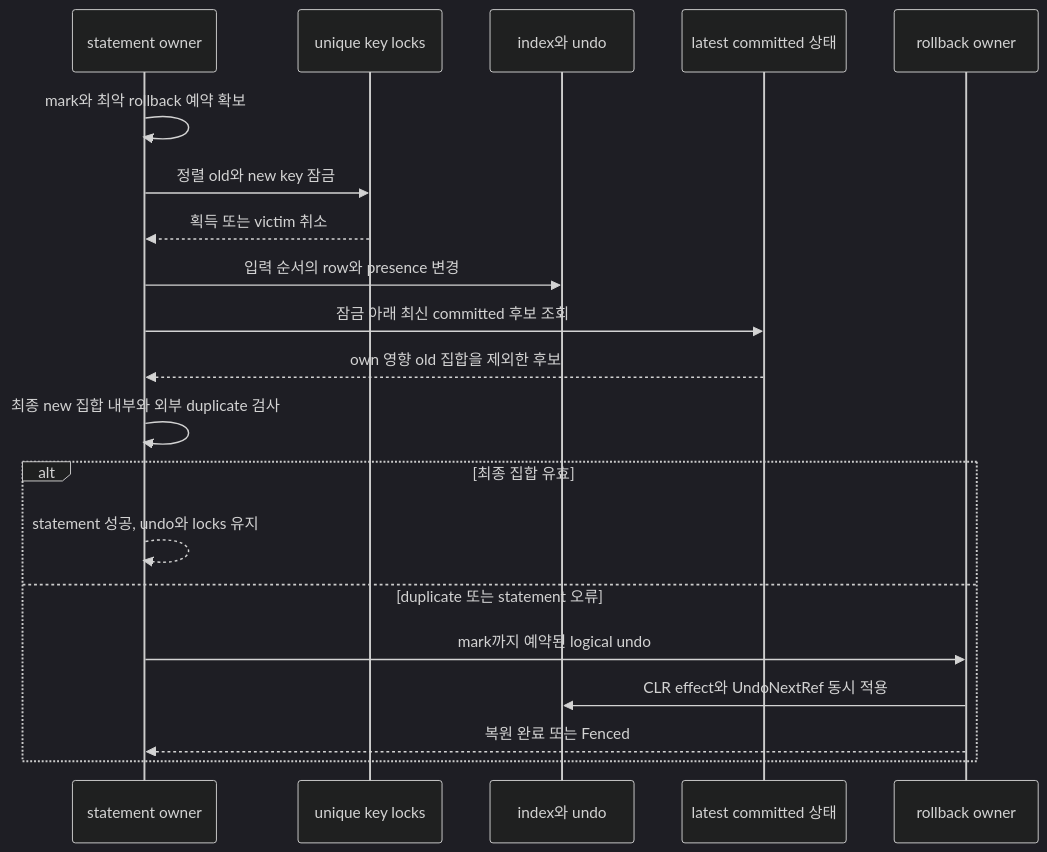
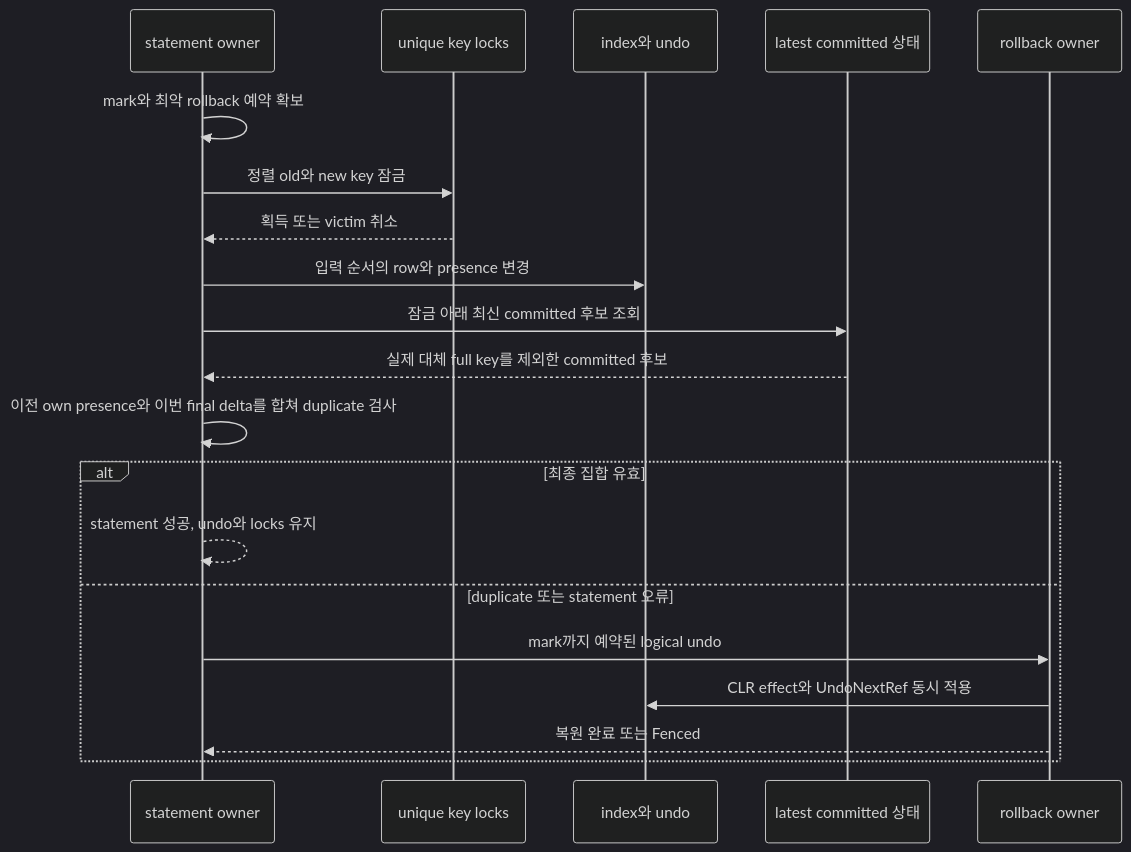
Before and after one commit to et16kr/xadb: the second of 3 diagrams in devdoc/contracts/dev3-task-07-indexes.md, drawn with Mermaid (dark theme). The commit also changed other lines of this file and 18 other files, not shown here.

````diff
--- a/devdoc/contracts/dev3-task-07-indexes.md
+++ b/devdoc/contracts/dev3-task-07-indexes.md
@@ -77,22 +77,22 @@
 ```mermaid
 sequenceDiagram
   participant S as statement owner
   participant K as unique key locks
   participant X as index와 undo
   participant C as latest committed 상태
   participant R as rollback owner
   S->>S: mark와 최악 rollback 예약 확보
   S->>K: 정렬 old와 new key 잠금
   K-->>S: 획득 또는 victim 취소
   S->>X: 입력 순서의 row와 presence 변경
   S->>C: 잠금 아래 최신 committed 후보 조회
-  C-->>S: own 영향 old 집합을 제외한 후보
-  S->>S: 최종 new 집합 내부와 외부 duplicate 검사
+  C-->>S: 실제 대체 full key를 제외한 committed 후보
+  S->>S: 이전 own presence와 이번 final delta를 합쳐 duplicate 검사
   alt 최종 집합 유효
     S-->>S: statement 성공, undo와 locks 유지
   else duplicate 또는 statement 오류
     S->>R: mark까지 예약된 logical undo
     R->>X: CLR effect와 UndoNextRef 동시 적용
     R-->>S: 복원 완료 또는 Fenced
   end
 ```
````
